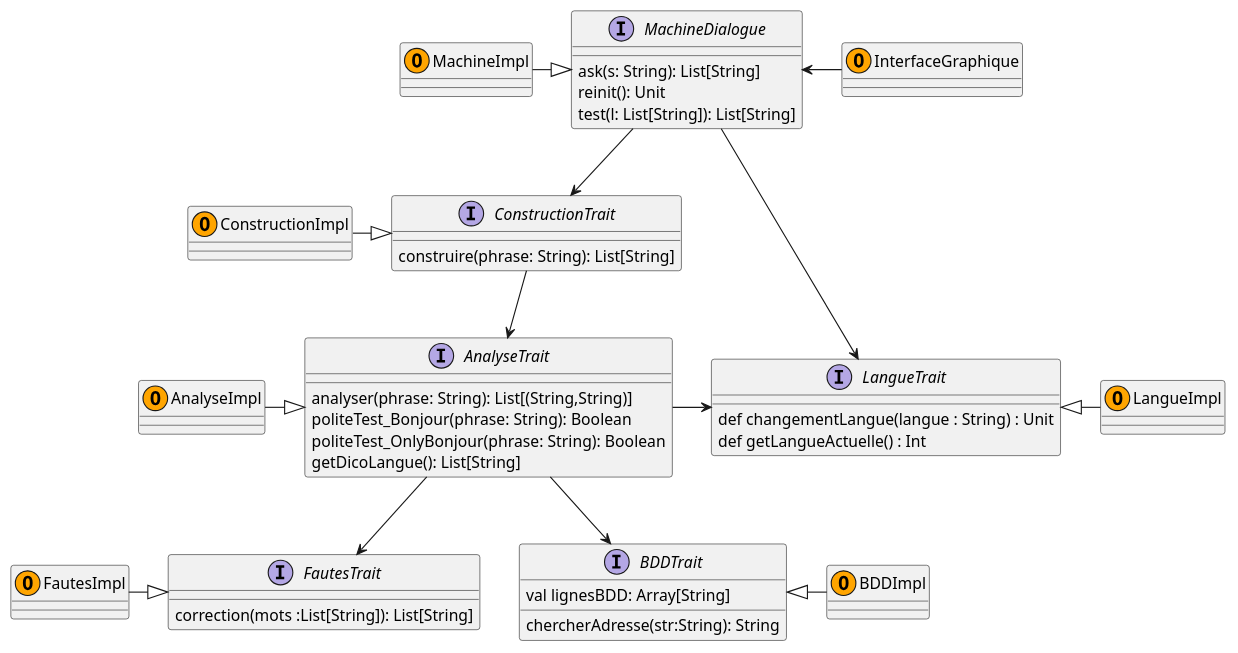
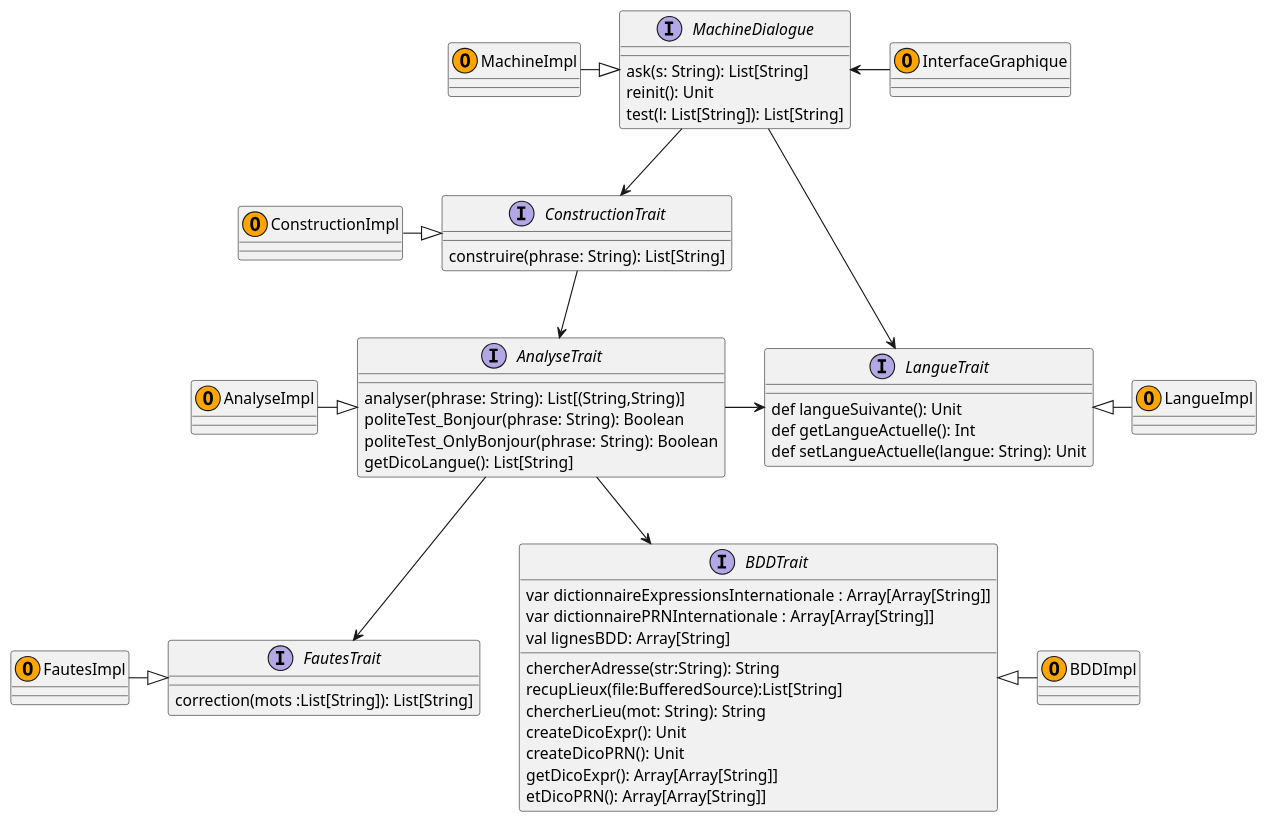
Before and after one commit to mathisglt/AvatarBacchus: the diagram in src/main/scala/diagramme/diag_imp.plantuml, drawn with PlantUML.

Commit message:
correction uml avec les traits actuels

```diff
--- a/src/main/scala/diagramme/diag_imp.plantuml
+++ b/src/main/scala/diagramme/diag_imp.plantuml
@@ -1,63 +1,72 @@
 @startuml Avatar
 
 interface BDDTrait{
-	val lignesBDD: Array[String]
+	var dictionnaireExpressionsInternationale : Array[Array[String]]
+ 	var dictionnairePRNInternationale : Array[Array[String]]
+  	val lignesBDD: Array[String]
 	chercherAdresse(str:String): String
+	recupLieux(file:BufferedSource):List[String]
+	chercherLieu(mot: String): String
+	createDicoExpr(): Unit
+	createDicoPRN(): Unit
+	getDicoExpr(): Array[Array[String]]
+	etDicoPRN(): Array[Array[String]]
 }
 
 interface MachineDialogue {
 	ask(s: String): List[String]
 	reinit(): Unit
 	test(l: List[String]): List[String]
 }
 
 interface ConstructionTrait{
 	construire(phrase: String): List[String]
 }
 
 interface InterfaceGraphique{
 
 }
 
 interface FautesTrait{
 	correction(mots :List[String]): List[String]
 }
 
 interface AnalyseTrait{
 	analyser(phrase: String): List[(String,String)]
 	politeTest_Bonjour(phrase: String): Boolean
 	politeTest_OnlyBonjour(phrase: String): Boolean
 	getDicoLangue(): List[String]
 }
 
 interface LangueTrait{
-	def changementLangue(langue : String) : Unit
-	def getLangueActuelle() : Int
+	def langueSuivante(): Unit
+  	def getLangueActuelle(): Int
+  	def setLangueActuelle(langue: String): Unit
 }
 
 
 class MachineImpl <<(O,Orange)>>
 class InterfaceGraphique <<(O,Orange)>>
 class ConstructionImpl <<(O,Orange)>>
 class AnalyseImpl <<(O,Orange)>>
 class BDDImpl <<(O,Orange)>>
 class FautesImpl <<(O,Orange)>>
 class LangueImpl <<(O,Orange)>>
 
 MachineImpl -|> MachineDialogue
 BDDTrait <|-  BDDImpl
 ConstructionImpl -|>  ConstructionTrait
 AnalyseImpl -|>  AnalyseTrait
 FautesImpl -|> FautesTrait
 LangueTrait <|-  LangueImpl
 
 MachineDialogue --> ConstructionTrait
 MachineDialogue <- InterfaceGraphique
 ConstructionTrait --> AnalyseTrait
 
 AnalyseTrait -> LangueTrait
 AnalyseTrait --> FautesTrait
 AnalyseTrait --> BDDTrait
 MachineDialogue --> LangueTrait
 
 @enduml
```
